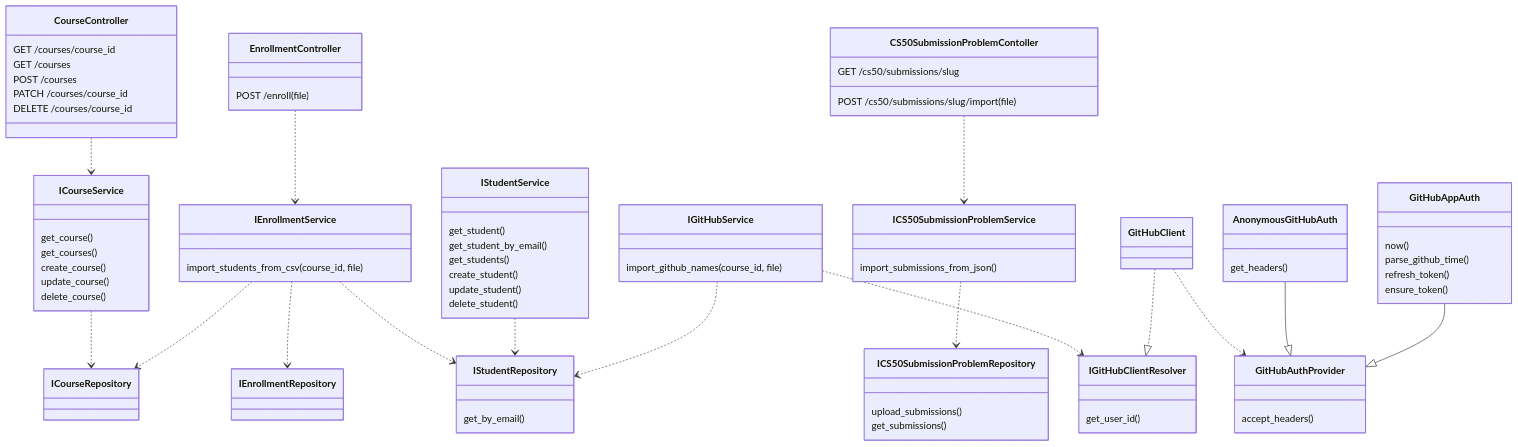
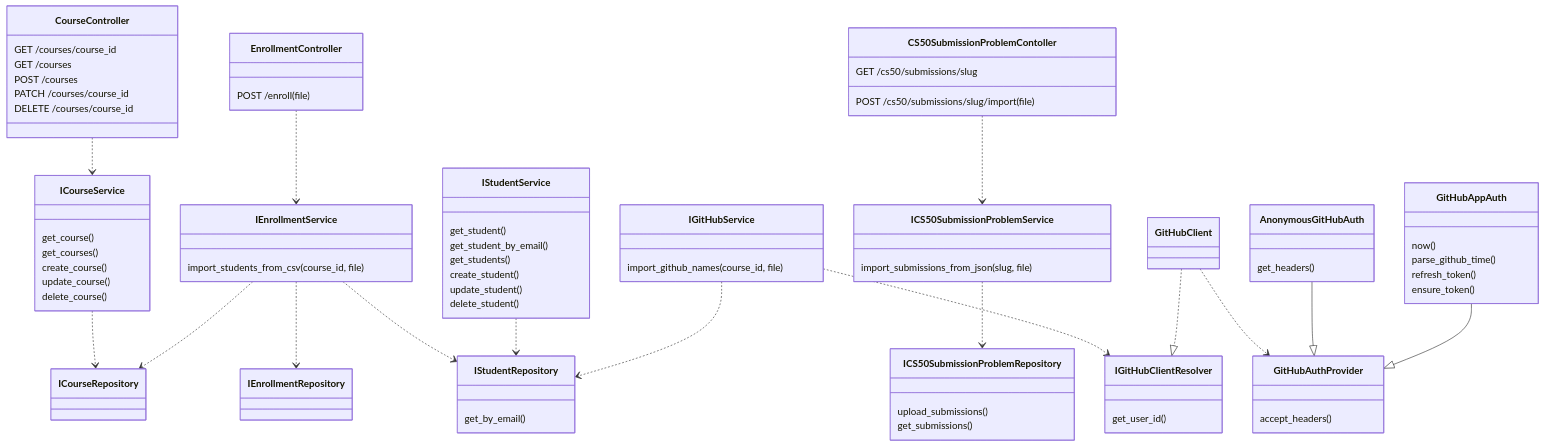
Before and after one commit to LeoKle/cs50-moodle-bridge: the diagram in docs/application.mmd, drawn with Mermaid.

Commit message:
update(docs): add parameters to import_submissions_from_json

```diff
--- a/docs/application.mmd
+++ b/docs/application.mmd
@@ -1,126 +1,126 @@
 classDiagram
     class CourseController {
         GET /courses/course_id
         GET /courses
         POST /courses
         PATCH /courses/course_id
         DELETE /courses/course_id
     }
     class ICourseService {
         get_course()
         get_courses()
         create_course()
         update_course()
         delete_course()
     }
     class ICourseRepository {
         %% create()
         %% get()
         %% get_all()
         %% update()
         %% delete()
     }
     CourseController ..> ICourseService
     ICourseService ..> ICourseRepository
 
     
     class EnrollmentController {
         POST /enroll(file)
     }
     EnrollmentController ..> IEnrollmentService
     class IEnrollmentService {
         import_students_from_csv(course_id, file)
     }
     class IEnrollmentRepository {
         %% create()
         %% get()
         %% get_all()
         %% update()
         %% delete()
     }
     IEnrollmentService ..> IEnrollmentRepository
     IEnrollmentService ..> IStudentRepository
     IEnrollmentService ..> ICourseRepository
 
     %% class StudentController
     %% StudentController ..> IStudentService
     class IStudentService {
         get_student()
         get_student_by_email()
         get_students()
         create_student()
         update_student()
         delete_student()
     }
     class IStudentRepository {
         %% create()
         %% get()
         get_by_email()
         %% get_all()
         %% update()
         %% delete()
     }
     IStudentService ..> IStudentRepository
 
     class IGitHubService {
         import_github_names(course_id, file)
     }
     IGitHubService ..> IStudentRepository
     IGitHubService ..> IGitHubClientResolver
 
     class ICS50SubmissionProblemRepository {
         upload_submissions()
         get_submissions()
     }
 
     class ICS50SubmissionProblemService {
-        import_submissions_from_json()
+        import_submissions_from_json(slug, file)
     }
     ICS50SubmissionProblemService ..> ICS50SubmissionProblemRepository
 
     class IGitHubClientResolver {
         get_user_id()
     }
 
     class GitHubClient {
         %% get_user_id()
     }
     GitHubClient ..|> IGitHubClientResolver
     GitHubClient ..> GitHubAuthProvider
 
     class GitHubAuthProvider {
         accept_headers()
         %% get_headers()
     }
     class AnonymousGitHubAuth {
         get_headers()
     }
     AnonymousGitHubAuth --|> GitHubAuthProvider
     class GitHubAppAuth {
         now()
         parse_github_time()
         refresh_token()
         ensure_token()
         %% get_headers()
     }
     GitHubAppAuth --|> GitHubAuthProvider
 
     %% class IRepository {
     %%     create()
     %%     get()
     %%     get_all()
     %%     update()
     %%     delete()
     %% }
     %% IRepository <|.. ICourseRepository
     %% IRepository <|.. IEnrollmentRepository
     %% IRepository <|.. IStudentRepository
     %% class IStudentRepository
     %% IStudentService ..> IStudentRepository
     %% StudentController ..> IStudentService
 
     class CS50SubmissionProblemContoller {
         POST /cs50/submissions/slug/import (file)
         GET /cs50/submissions/slug
     }
     CS50SubmissionProblemContoller ..> ICS50SubmissionProblemService
```
